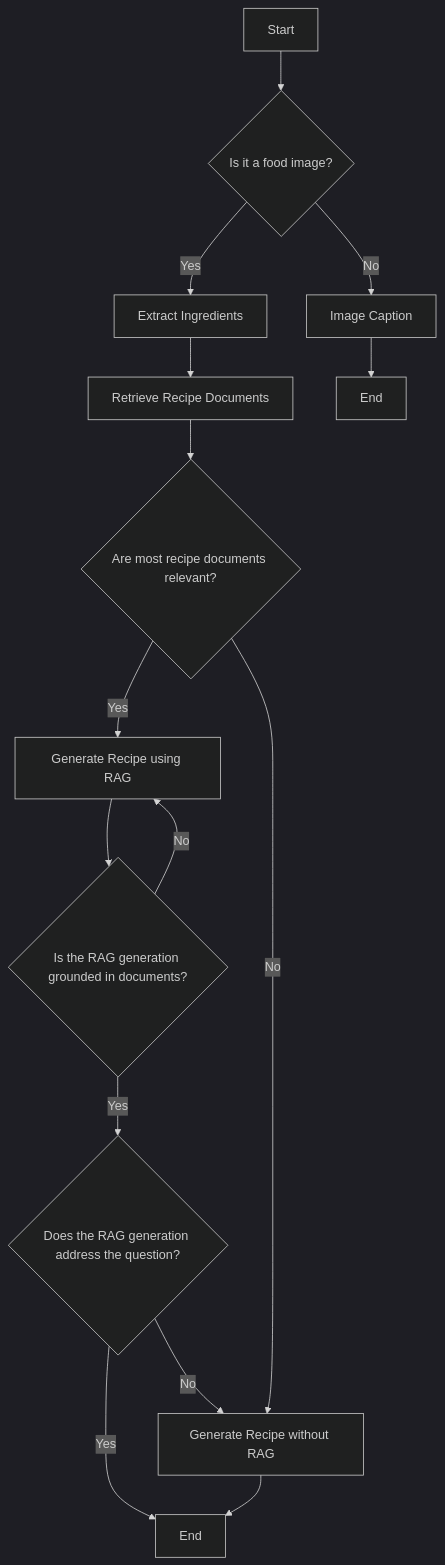
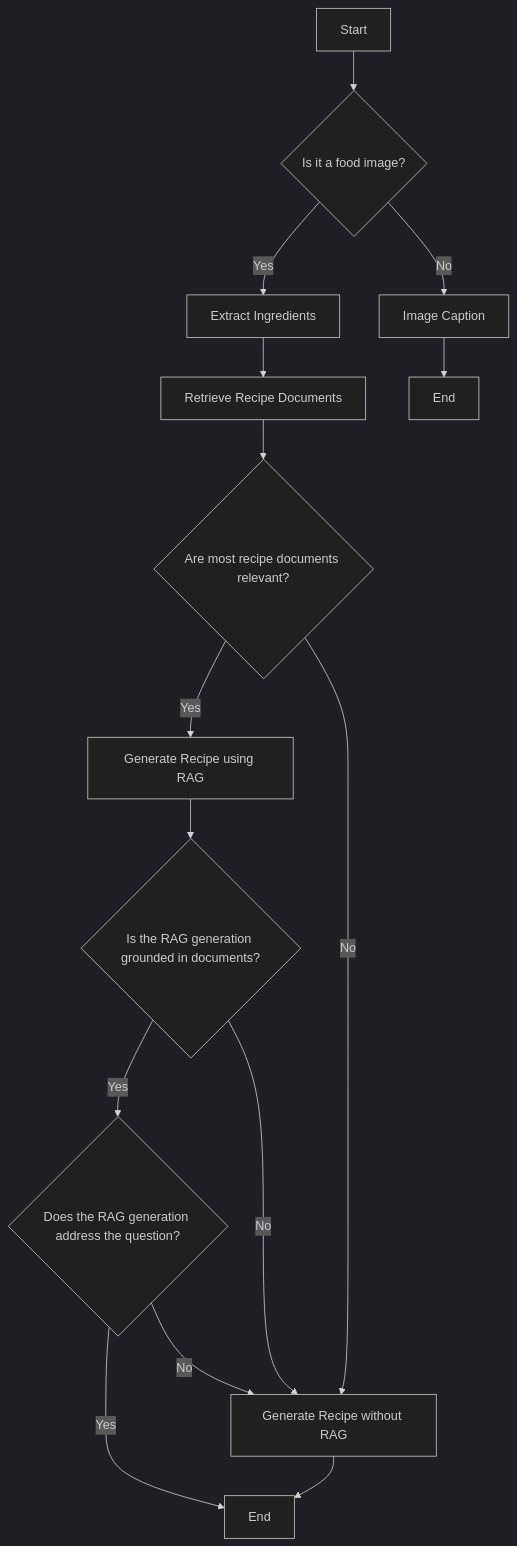
The diagram in README.md (ttback/photo-to-recipe), drawn with Mermaid (dark theme) before and after one commit. The commit also changed other lines of this file, not shown here.

````diff
--- a/README.md
+++ b/README.md
@@ -84,17 +85,17 @@
 ```mermaid
 graph TD
     A[Start] --> B{Is it a food image?}
     B -->|Yes| C[Extract Ingredients]
     B -->|No| D[Image Caption]
     C --> E[Retrieve Recipe Documents]
     E --> F{Are most recipe documents relevant?}
     F -->|Yes| G[Generate Recipe using RAG]
     F -->|No| H[Generate Recipe without RAG]
     G --> I{Is the RAG generation grounded in documents?}
     I -->|Yes| J{Does the RAG generation address the question?}
-    I -->|No| G
+    I -->|No| H  
     J -->|Yes| K[End]
     J -->|No| H
     D --> L[End]
     H --> K
 ```
````
